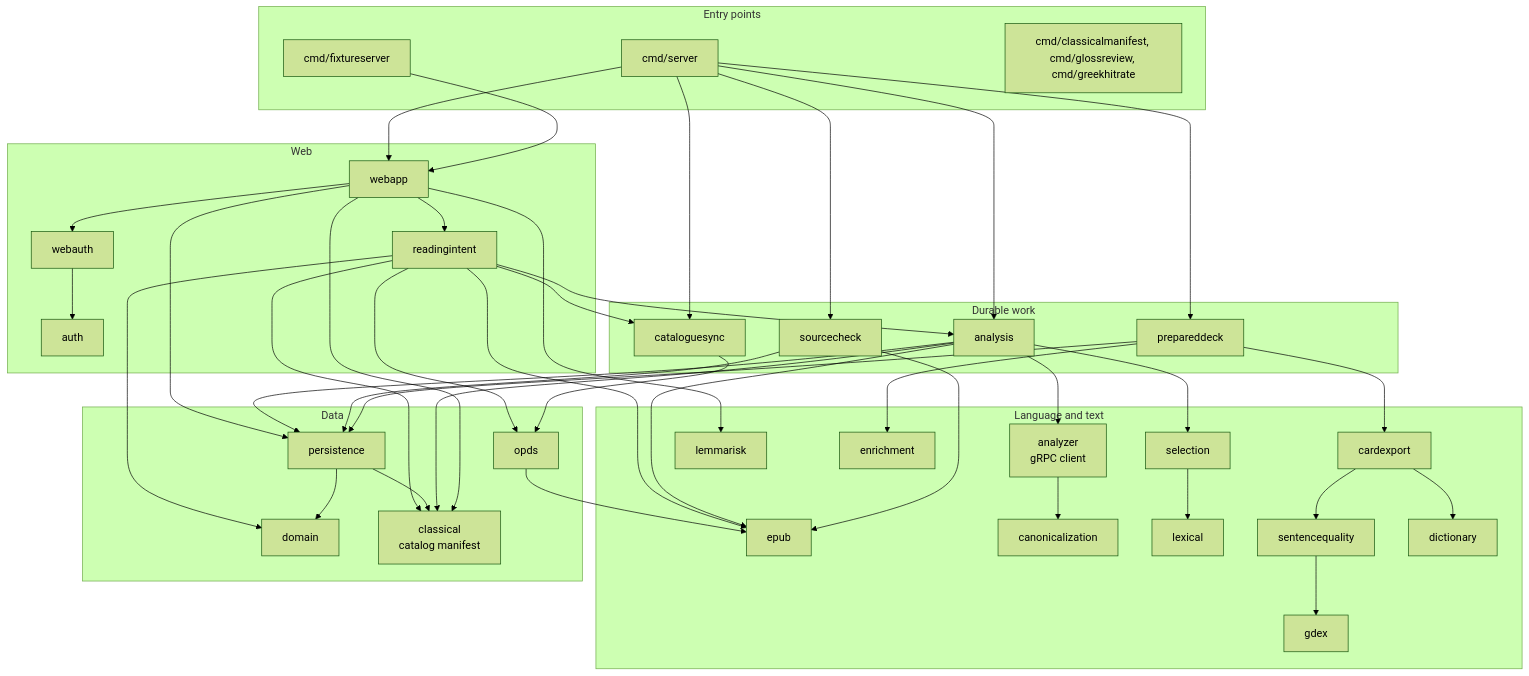
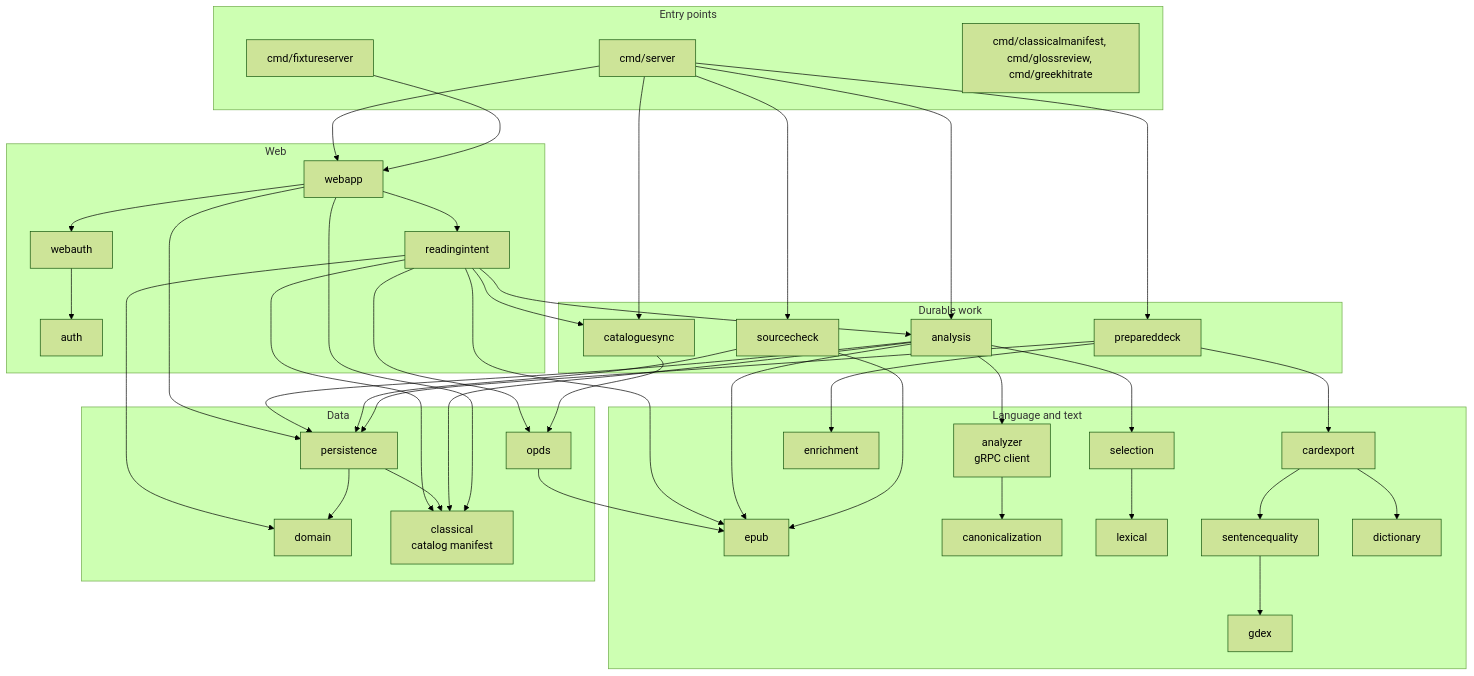
Before and after one commit to justin-hayes/mouseion: diagram 11 of 11 in ARCHITECTURE.md, drawn with Mermaid (forest theme). The commit also changed other lines of this file and 67 other files, not shown here.

````diff
--- a/ARCHITECTURE.md
+++ b/ARCHITECTURE.md
@@ -413,58 +413,57 @@
 ```mermaid
 flowchart TB
     subgraph entry[Entry points]
         server[cmd/server]
         fixture[cmd/fixtureserver]
         tools[cmd/classicalmanifest, cmd/glossreview, cmd/greekhitrate]
     end
     subgraph web[Web]
         webapp[webapp]
         readingintent[readingintent]
         webauth[webauth]
         auth[auth]
     end
     subgraph jobs[Durable work]
         analysis[analysis]
         cataloguesync[cataloguesync]
         prepareddeck[prepareddeck]
         sourcecheck[sourcecheck]
     end
     subgraph lang[Language and text]
         epub[epub]
         analyzer[analyzer<br/>gRPC client]
         canonicalization[canonicalization]
         selection[selection]
         lexical[lexical]
         gdex[gdex]
         sentencequality[sentencequality]
-        lemmarisk[lemmarisk]
         dictionary[dictionary]
         enrichment[enrichment]
         cardexport[cardexport]
     end
     subgraph data[Data]
         domain[domain]
         persistence[persistence]
         classical[classical<br/>catalog manifest]
         opds[opds]
     end
     server --> webapp & analysis & cataloguesync & prepareddeck & sourcecheck
     fixture --> webapp
     webapp --> webauth --> auth
-    webapp --> persistence & lemmarisk
+    webapp --> persistence
     webapp --> readingintent
     readingintent --> analysis & cataloguesync & classical & domain
     readingintent --> opds & epub
     analysis --> epub & analyzer & selection & persistence
     sourcecheck --> epub & persistence
     cataloguesync --> opds --> epub
     prepareddeck --> cardexport & enrichment & persistence
     cardexport --> sentencequality & dictionary
     sentencequality --> gdex
     selection --> lexical
     analyzer --> canonicalization
     persistence --> domain
     persistence --> classical
     analysis --> classical
     webapp --> classical
 ```
````
